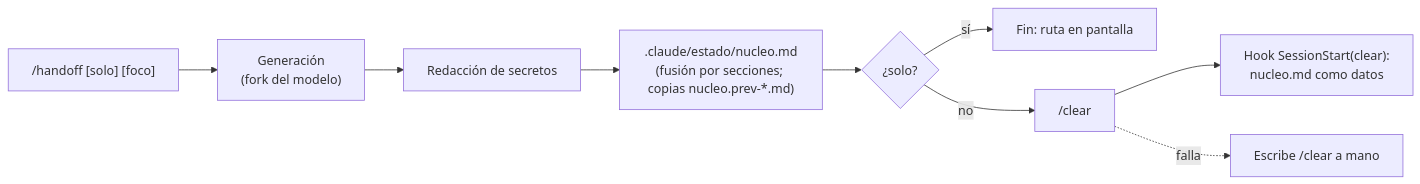
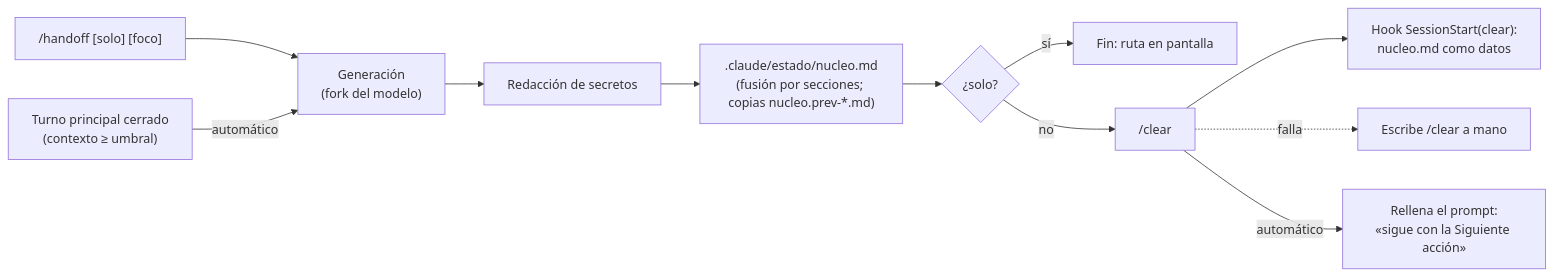
One commit to manuelcozar55/setup-claude-code changed the diagram in kit/docs/11-cockpit.md. Above: the diagram before and after it, drawn with Mermaid. The commit also changed other lines of this file and 12 other files, not shown here.

````diff
--- a/kit/docs/11-cockpit.md
+++ b/kit/docs/11-cockpit.md
@@ -41,11 +43,13 @@
 ```mermaid
 flowchart LR
   A["/handoff [solo] [foco]"] --> B["Generación<br/>(fork del modelo)"]
   B --> C["Redacción de secretos"]
   C --> D[".claude/estado/nucleo.md<br/>(fusión por secciones; copias nucleo.prev-*.md)"]
   D --> E{"¿solo?"}
   E -->|"sí"| F["Fin: ruta en pantalla"]
   E -->|"no"| G["/clear"]
   G --> H["Hook SessionStart(clear):<br/>nucleo.md como datos"]
   G -.->|"falla"| I["Escribe /clear a mano"]
+  T["Turno principal cerrado<br/>(contexto ≥ umbral)"] -->|"automático"| B
+  G -->|"automático"| P["Rellena el prompt:<br/>«sigue con la Siguiente acción»"]
 ```
````
